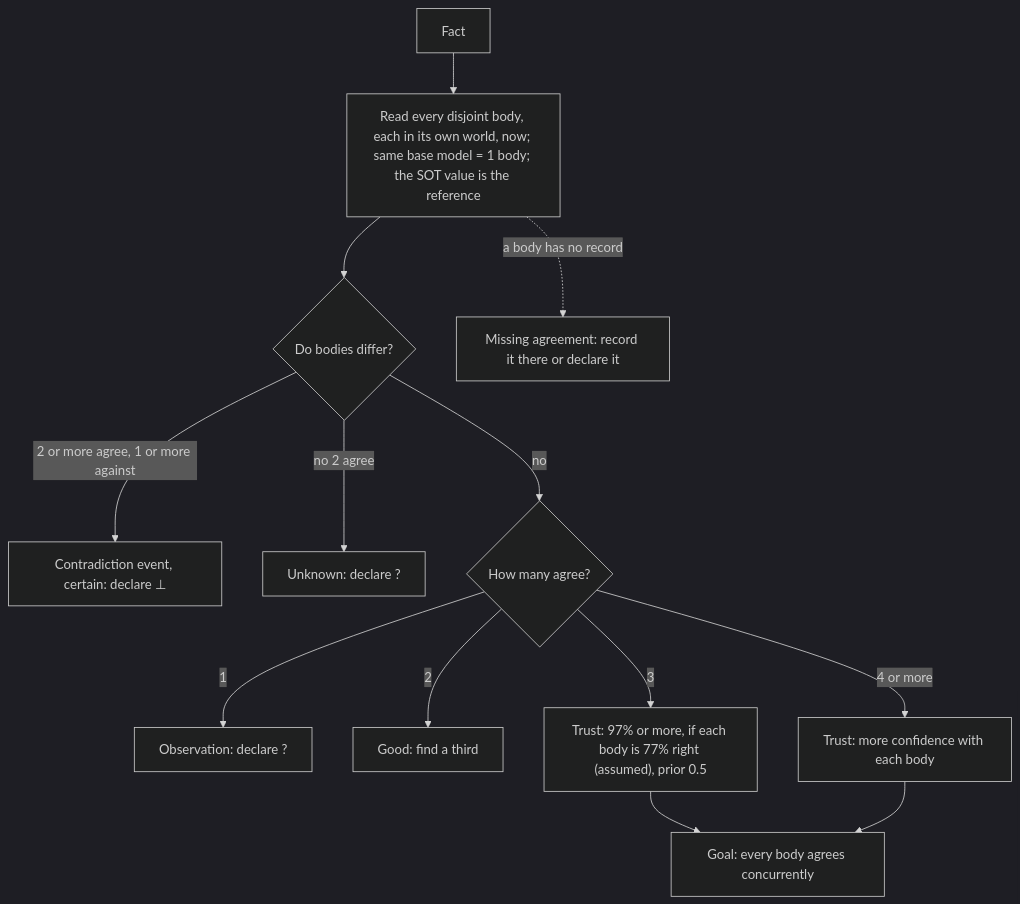
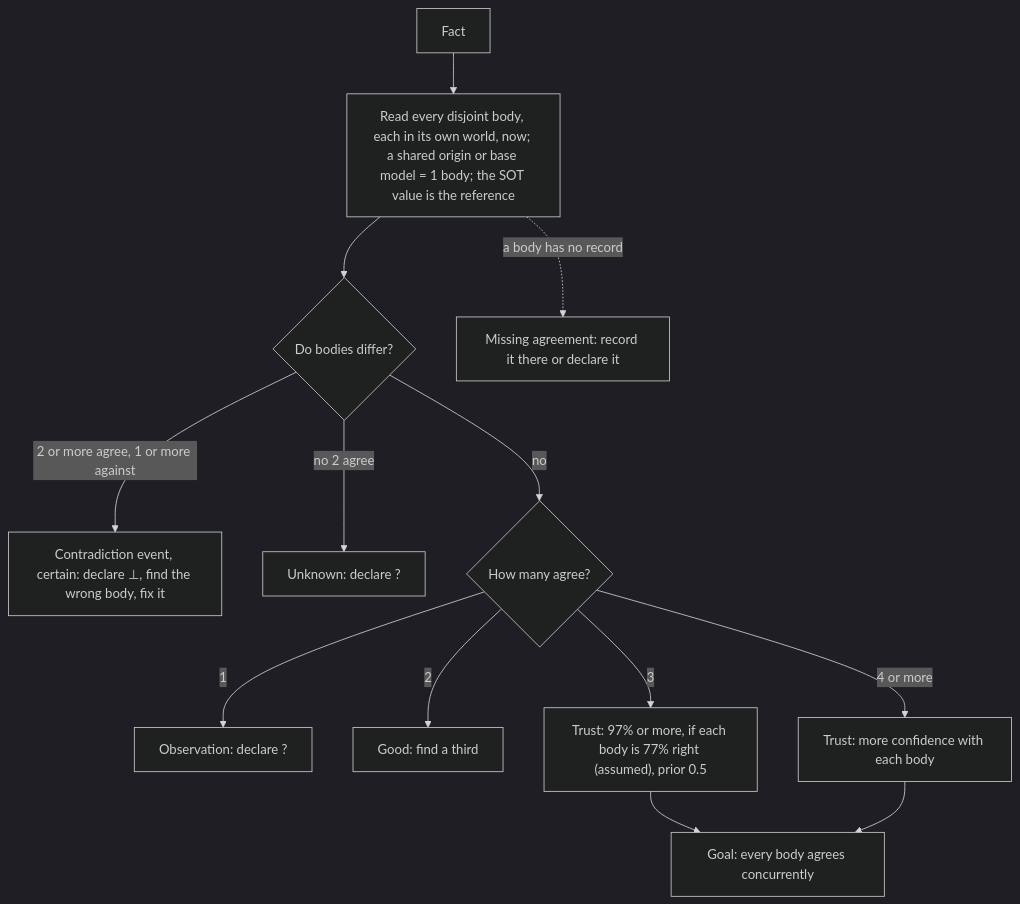
Before and after one commit to SolenixAI/arbiter: diagram 14 of 14 in AGENTS.md, drawn with Mermaid (dark theme). The commit also changed other lines of this file, not shown here.

First line of the commit message:
docs(agents): section 13 counts a shared origin as one body; fix or declare the wrong body (#25)

````diff
--- a/AGENTS.md
+++ b/AGENTS.md
@@ -558,15 +563,15 @@
 ```mermaid
 flowchart TD
-  F[Fact] --> B["Read every disjoint body, each in its own world, now; same base model = 1 body; the SOT value is the reference"]
+  F[Fact] --> B["Read every disjoint body, each in its own world, now; a shared origin or base model = 1 body; the SOT value is the reference"]
   B --> D{Do bodies differ?}
-  D -->|2 or more agree, 1 or more against| C["Contradiction event, certain: declare ⊥"]
+  D -->|2 or more agree, 1 or more against| C["Contradiction event, certain: declare ⊥, find the wrong body, fix it"]
   D -->|no 2 agree| U["Unknown: declare ?"]
   D -->|no| N{How many agree?}
   N -->|1| O["Observation: declare ?"]
   N -->|2| G[Good: find a third]
   N -->|3| T["Trust: 97% or more, if each body is 77% right (assumed), prior 0.5"]
   N -->|4 or more| M[Trust: more confidence with each body]
   B -.->|a body has no record| Mi[Missing agreement: record it there or declare it]
   T --> Goal[Goal: every body agrees concurrently]
   M --> Goal
 ```
````
